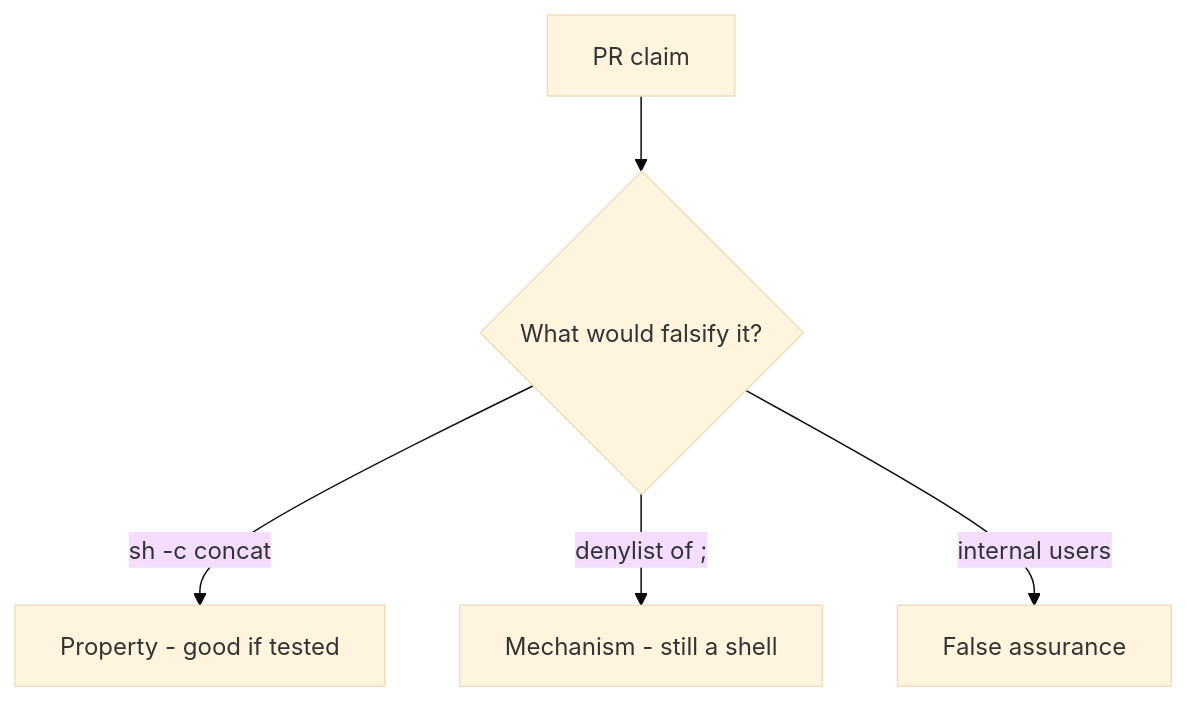
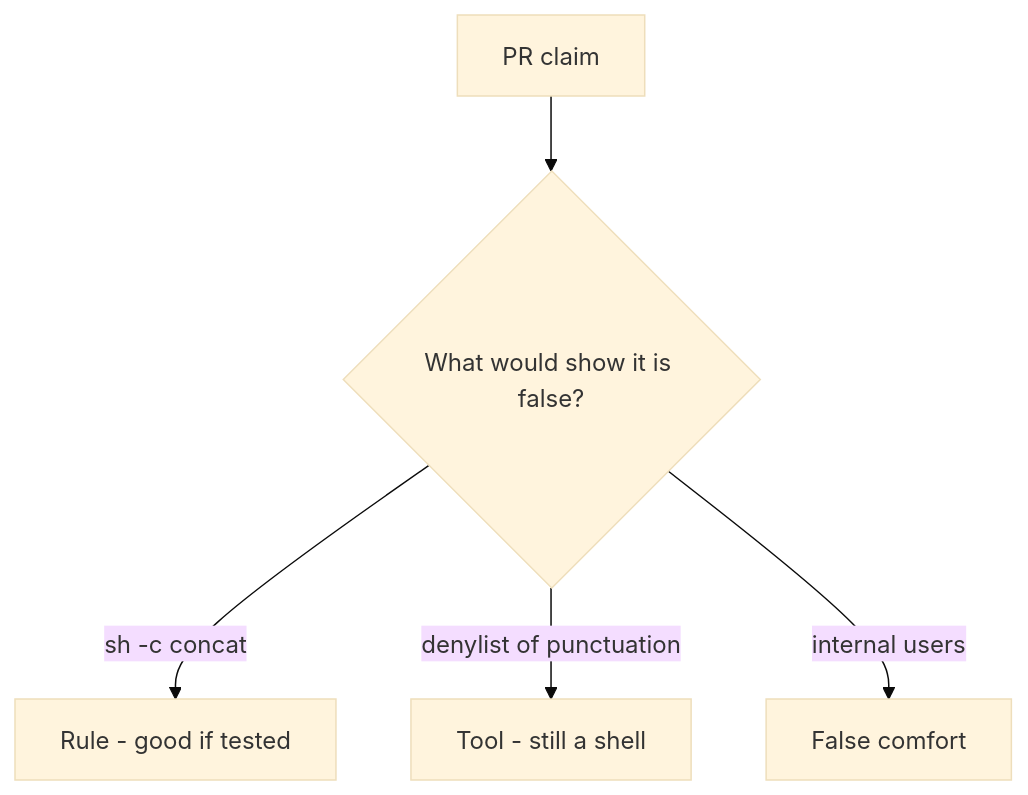
Before and after one commit to ishitvagoel/LearnSecurity: the diagram in content/modules/6/6.1/lessons/08-review.md, drawn with Mermaid (base theme). The commit also changed other lines of this file and 55 other files, not shown here.

````diff
--- a/content/modules/6/6.1/lessons/08-review.md
+++ b/content/modules/6/6.1/lessons/08-review.md
@@ -17,7 +18,7 @@
 ```mermaid
 flowchart TD
-  Claim[PR claim] --> Q{"What would falsify it?"}
-  Q -->|"sh -c concat"| Property["Property - good if tested"]
-  Q -->|"denylist of ;"| Mechanism[Mechanism - still a shell]
-  Q -->|"internal users"| False[False assurance]
+  Claim[PR claim] --> Q{"What would show it is false?"}
+  Q -->|"sh -c concat"| Property["Rule - good if tested"]
+  Q -->|"denylist of punctuation"| Mechanism[Tool - still a shell]
+  Q -->|"internal users"| False[False comfort]
 ```
````
